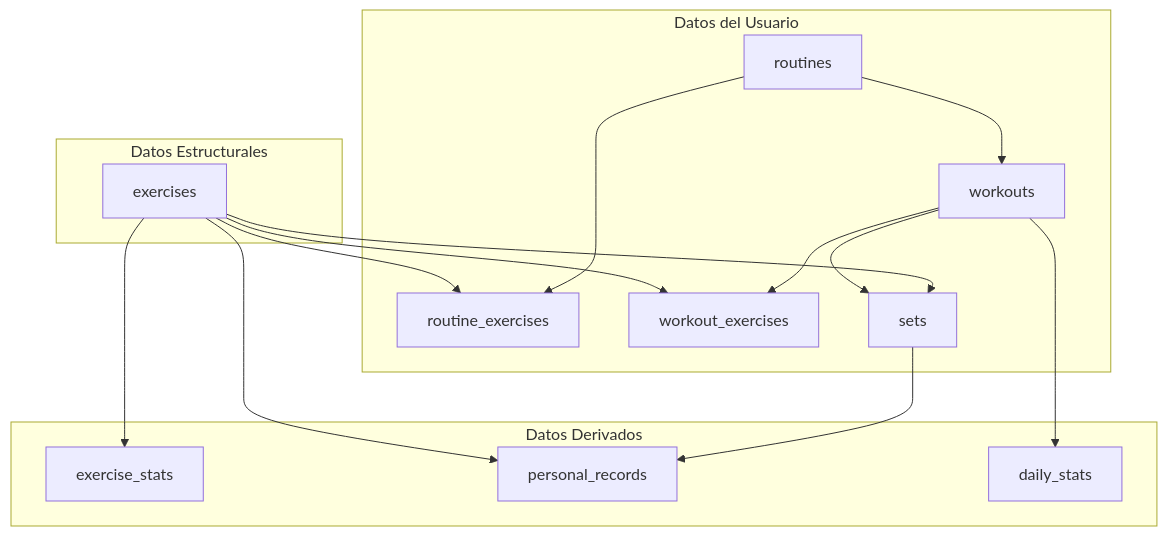
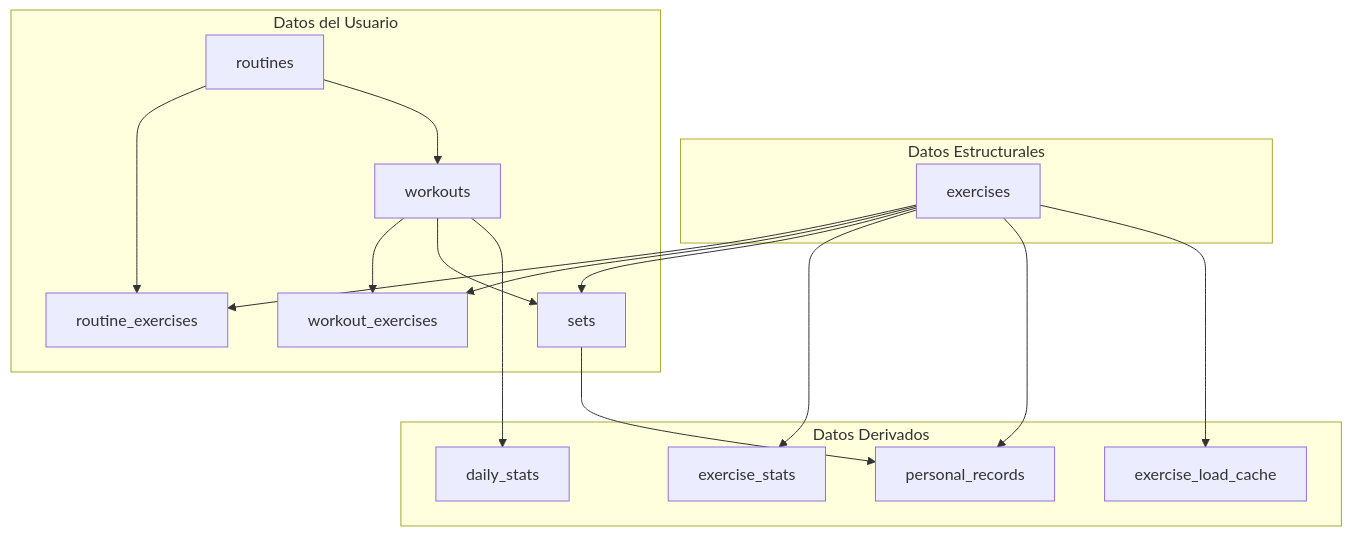
Before and after one commit to Rueda-Juan/gymApp: the first of 4 diagrams in Docs/BD.md, drawn with Mermaid. The commit also changed other lines of this file and 227 other files, not shown here.

````diff
--- a/Docs/BD.md
+++ b/Docs/BD.md
@@ -69,32 +69,34 @@
 ```mermaid
 graph TD
     subgraph "Datos Estructurales"
         A[exercises]
     end
 
     subgraph "Datos del Usuario"
         B[routines]
         C[routine_exercises]
         D[workouts]
         E[workout_exercises]
         F[sets]
     end
 
     subgraph "Datos Derivados"
         G[exercise_stats]
         H[personal_records]
         I[daily_stats]
+        J[exercise_load_cache]
     end
 
     A --> C
     B --> C
     B --> D
     A --> E
     D --> E
     D --> F
     A --> F
     A --> G
     A --> H
     F --> H
     D --> I
+    A --> J
 ```
````
